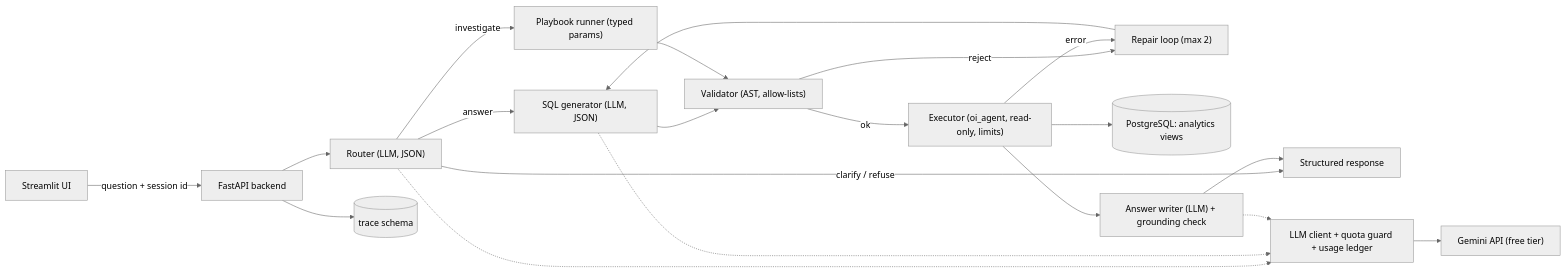
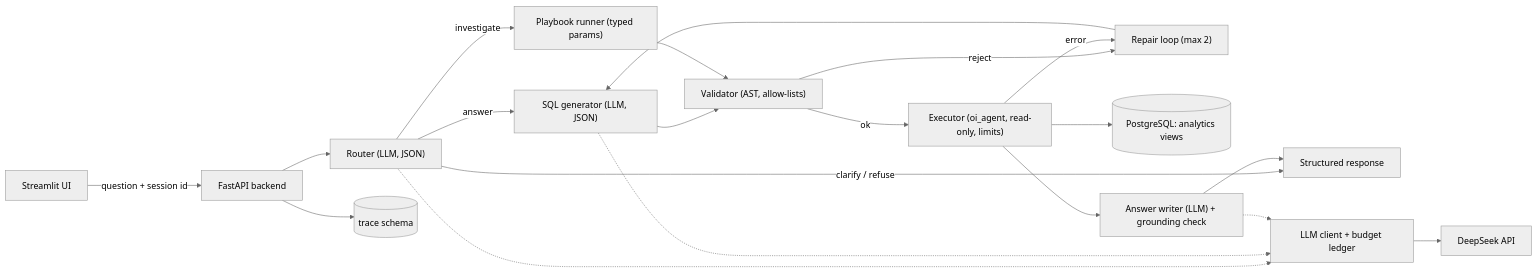
The diagram in docs/TECHNICAL_DESIGN.md (Saicharan519/AI-Order-Intelligence-Agent), drawn with Mermaid (neutral theme) before and after one commit. The commit also changed other lines of this file and 6 other files, not shown here.

Commit message:
Restore DeepSeek as the primary provider and keep Gemini as a calibrated second provider.

````diff
--- a/docs/TECHNICAL_DESIGN.md
+++ b/docs/TECHNICAL_DESIGN.md
@@ -26,22 +26,22 @@
 ```mermaid
 flowchart LR
   UI["Streamlit UI"] -->|"question + session id"| API["FastAPI backend"]
   API --> RT["Router (LLM, JSON)"]
   RT -->|answer| SG["SQL generator (LLM, JSON)"]
   RT -->|investigate| PB["Playbook runner (typed params)"]
   RT -->|"clarify / refuse"| OUT["Structured response"]
   SG --> VAL["Validator (AST, allow-lists)"]
   PB --> VAL
   VAL -->|ok| EX["Executor (oi_agent, read-only, limits)"]
   VAL -->|reject| RP["Repair loop (max 2)"]
   EX -->|error| RP
   RP --> SG
   EX --> DB[("PostgreSQL: analytics views")]
   EX --> AW["Answer writer (LLM) + grounding check"]
   AW --> OUT
   API --> TR[("trace schema")]
-  LLM["LLM client + quota guard + usage ledger"] --> DS["Gemini API (free tier)"]
+  LLM["LLM client + budget ledger"] --> DS["DeepSeek API"]
   RT -.-> LLM
   SG -.-> LLM
   AW -.-> LLM
 ```
````
